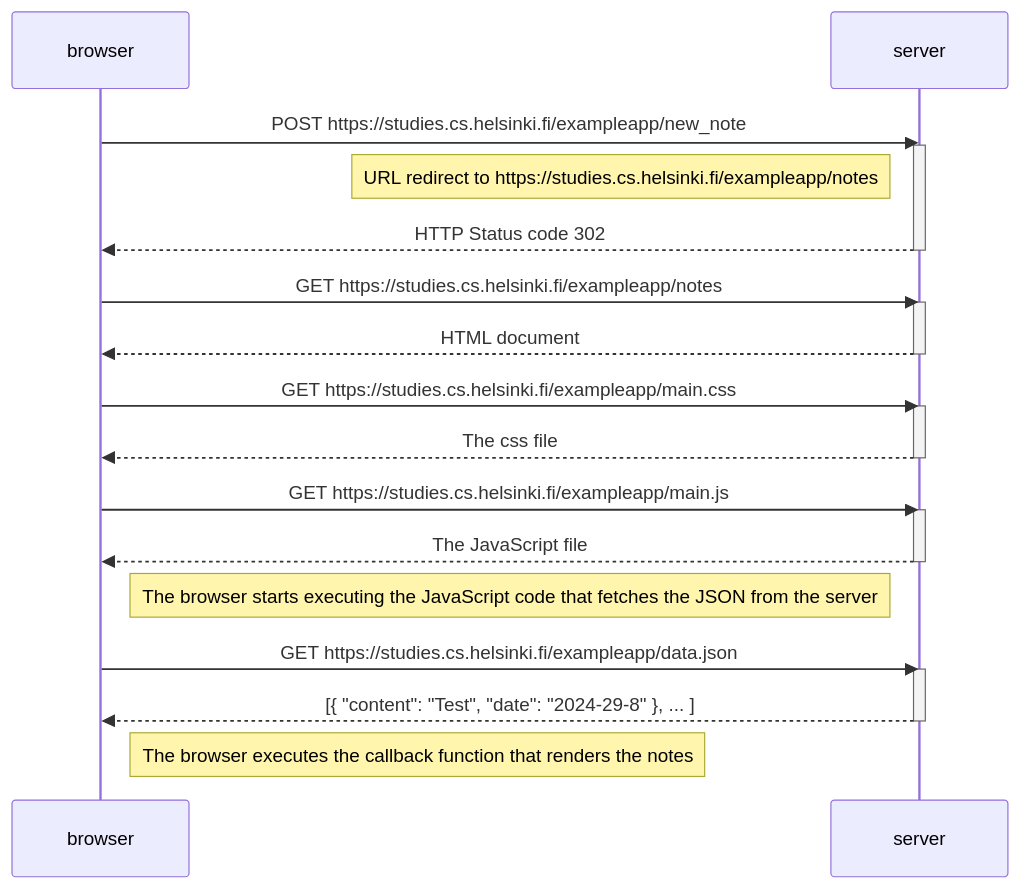
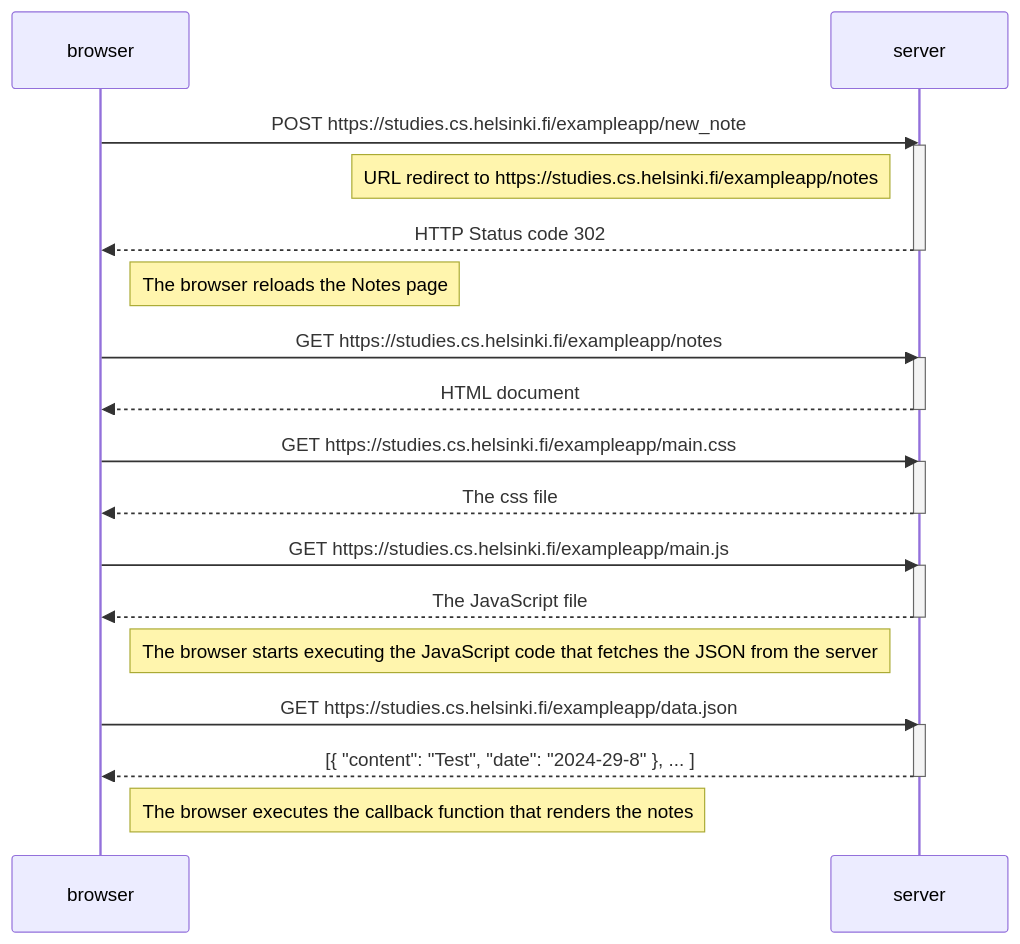
Before and after one commit to AliShehab01/full-stack-open-2024: the diagram in Part0/0.4_New_note_diagram.md, drawn with Mermaid.

````diff
--- a/Part0/0.4_New_note_diagram.md
+++ b/Part0/0.4_New_note_diagram.md
@@ -1,34 +1,36 @@
 ```mermaid
  sequenceDiagram
     participant browser
     participant server
 browser->>server: POST https://studies.cs.helsinki.fi/exampleapp/new_note
 activate server
 Note left of server: URL redirect to https://studies.cs.helsinki.fi/exampleapp/notes
 server-->>browser: HTTP Status code 302
 deactivate server
+
+Note right of browser: The browser reloads the Notes page
 
 browser->>server: GET https://studies.cs.helsinki.fi/exampleapp/notes
 activate server
 server-->>browser: HTML document
 deactivate server
 
 browser->>server: GET https://studies.cs.helsinki.fi/exampleapp/main.css
 activate server
 server-->>browser: The css file
 deactivate server
 
 browser->>server: GET https://studies.cs.helsinki.fi/exampleapp/main.js
 activate server
 server-->>browser: The JavaScript file
 deactivate server
 
 Note right of browser: The browser starts executing the JavaScript code that fetches the JSON from the server
 
 browser->>server: GET https://studies.cs.helsinki.fi/exampleapp/data.json
 activate server
 server-->>browser: [{ "content": "Test", "date": "2024-29-8" }, ... ]
 deactivate server
 Note right of browser: The browser executes the callback function that renders the notes
 
 ```
````
